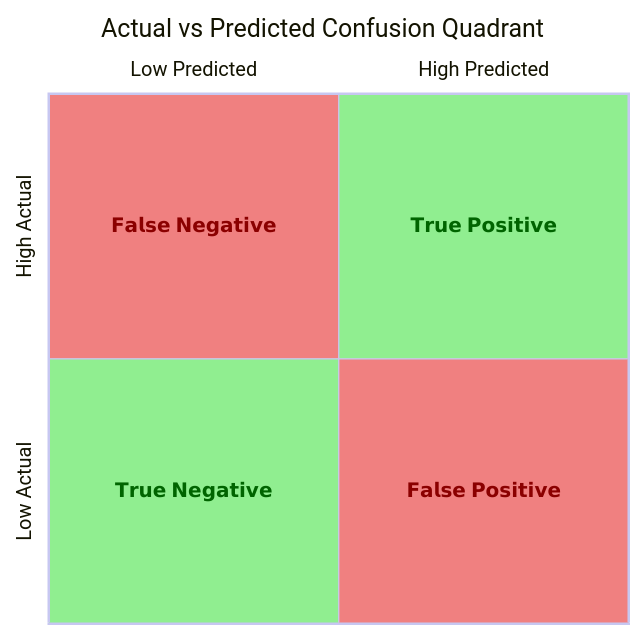
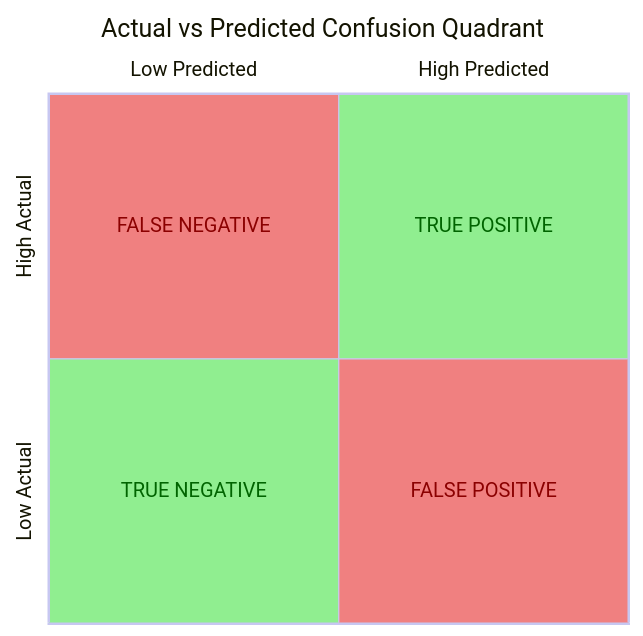
One commit to VanshDeshwal/notes changed the seventh of 7 diagrams in Data Science Notes/100 days of ML/Machine Learning Notes.md. Above: the diagram before and after it, drawn with Mermaid.

Commit message:
vault backup: 2025-08-05 01:18:15

````diff
--- a/Data Science Notes/100 days of ML/Machine Learning Notes.md
+++ b/Data Science Notes/100 days of ML/Machine Learning Notes.md
@@ -1555,24 +1555,24 @@
 ```mermaid
 %%{init: {
   "theme": "default",
   "themeVariables": {
     "quadrant1Fill": "#90ee90",
     "quadrant1TextFill": "#006400",
     "quadrant2Fill": "#f08080",
     "quadrant2TextFill": "#8b0000",
     "quadrant3Fill": "#90ee90",
     "quadrant3TextFill": "#006400",
     "quadrant4Fill": "#f08080",
     "quadrant4TextFill": "#8b0000"
   }
 }}%%
 quadrantChart
     title Actual vs Predicted Confusion Quadrant
     x-axis Low Predicted --> High Predicted
     y-axis Low Actual --> High Actual
-    quadrant-1 𝗧𝗿𝘂𝗲 𝗣𝗼𝘀𝗶𝘁𝗶𝘃𝗲
-    quadrant-2 𝗙𝗮𝗹𝘀𝗲 𝗡𝗲𝗴𝗮𝘁𝗶𝘃𝗲
-    quadrant-3 𝗧𝗿𝘂𝗲 𝗡𝗲𝗴𝗮𝘁𝗶𝘃𝗲
-    quadrant-4 𝗙𝗮𝗹𝘀𝗲 𝗣𝗼𝘀𝗶𝘁𝗶𝘃𝗲
+    quadrant-1 TRUE POSITIVE
+    quadrant-2 FALSE NEGATIVE
+    quadrant-3 TRUE NEGATIVE
+    quadrant-4 FALSE POSITIVE
 
 ```
````
